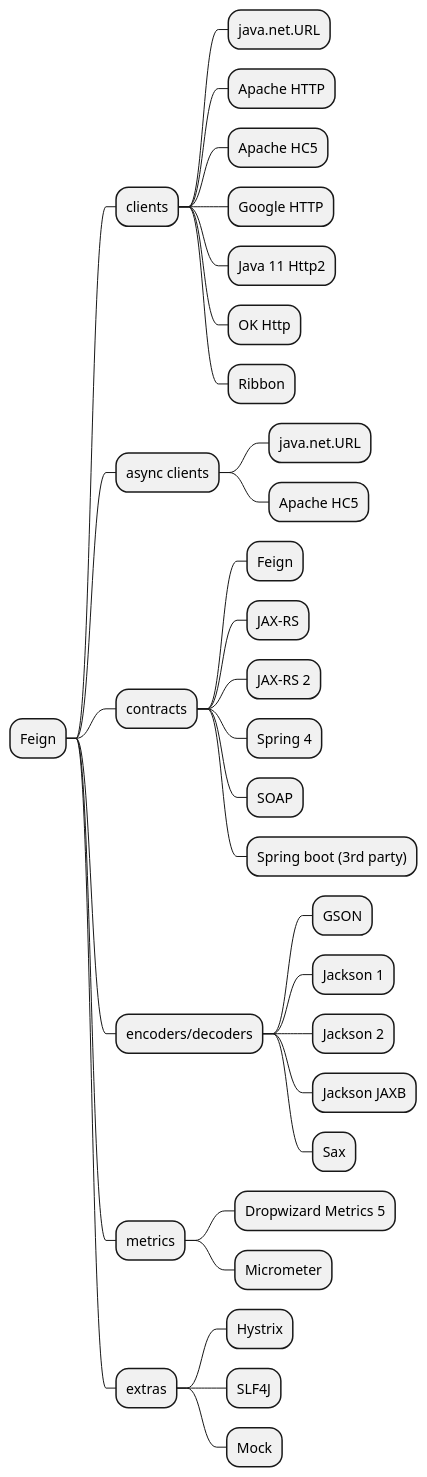
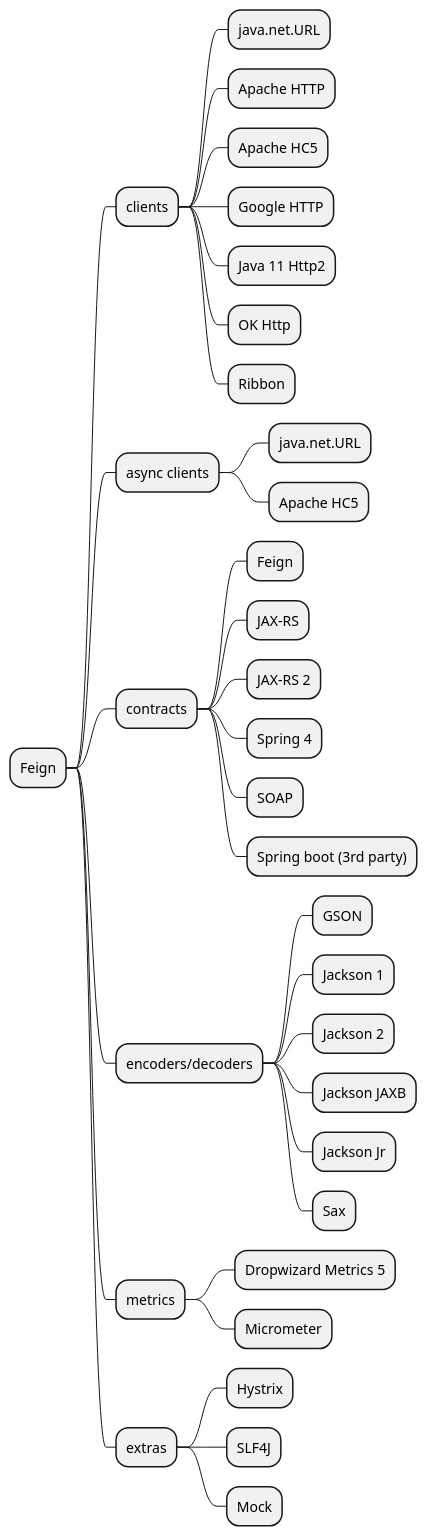
Before and after one commit to OpenFeign/feign: the diagram in src/docs/overview-mindmap.iuml, drawn with PlantUML. The commit also changed 10 other files, not shown here.

```diff
--- a/src/docs/overview-mindmap.iuml
+++ b/src/docs/overview-mindmap.iuml
@@ -1,34 +1,35 @@
 @startmindmap
 * Feign
 ** clients
 *** java.net.URL
 *** Apache HTTP
 *** Apache HC5
 *** Google HTTP
 *** Java 11 Http2
 *** OK Http
 *** Ribbon
 ** async clients
 *** java.net.URL
 *** Apache HC5
 ** contracts
 *** Feign
 *** JAX-RS
 *** JAX-RS 2
 *** Spring 4
 *** SOAP
 *** Spring boot (3rd party)
 ** encoders/decoders
 *** GSON
 *** Jackson 1
 *** Jackson 2
 *** Jackson JAXB
+*** Jackson Jr
 *** Sax
 ** metrics
 *** Dropwizard Metrics 5
 *** Micrometer
 ** extras
 *** Hystrix
 *** SLF4J
 *** Mock
 @endmindmap
```
